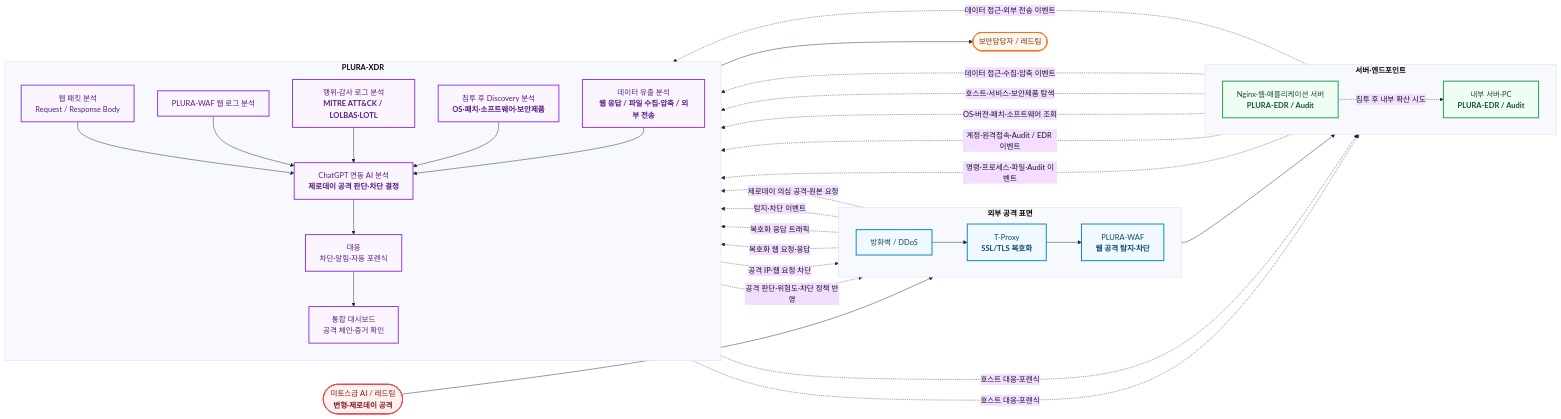
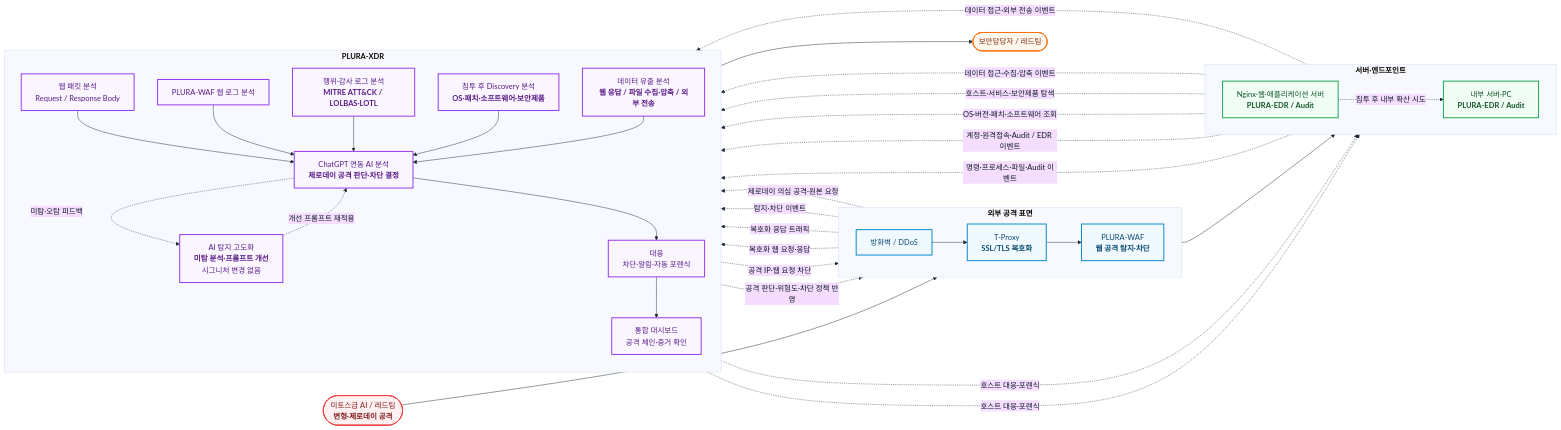
Before and after one commit to qubitsec/plura: the first of 5 diagrams in ko/proposal/lg/poc-full.md, drawn with Mermaid. The commit also changed other lines of this file, not shown here.

````diff
--- a/ko/proposal/lg/poc-full.md
+++ b/ko/proposal/lg/poc-full.md
@@ -128,6 +143,7 @@
         DISCOVERY["침투 후 Discovery 분석<br/><b>OS·패치·소프트웨어·보안제품</b>"]
         EXFIL["데이터 유출 분석<br/><b>웹 응답 / 파일 수집·압축 / 외부 전송</b>"]
         AI["ChatGPT 연동 AI 분석<br/><b>제로데이 공격 판단·차단 결정</b>"]
+        PROMPT["AI 탐지 고도화<br/><b>미탐 분석·프롬프트 개선</b><br/>시그니처 변경 없음"]
         RESPONSE["대응<br/>차단·알림·자동 포렌식"]
         DASH["통합 대시보드<br/>공격 체인·증거 확인"]
     end
@@ -158,6 +174,9 @@
     DISCOVERY --> AI
     EXFIL --> AI
 
+    AI -. "미탐·오탐 피드백" .-> PROMPT
+    PROMPT -. "개선 프롬프트 재적용" .-> AI
+
     AI -. "공격 판단·위험도·차단 정책 반영" .-> WAF
     AI --> RESPONSE --> DASH --> SOC
 
@@ -174,6 +193,6 @@
     class ATTACKER attack;
     class FW,TP,WAF edge;
     class WEB,INTERNAL host;
-    class PACKET,EVENT,MITRE,DISCOVERY,EXFIL,AI,RESPONSE,DASH xdr;
+    class PACKET,EVENT,MITRE,DISCOVERY,EXFIL,AI,PROMPT,RESPONSE,DASH xdr;
     class SOC soc;
 ```
````
